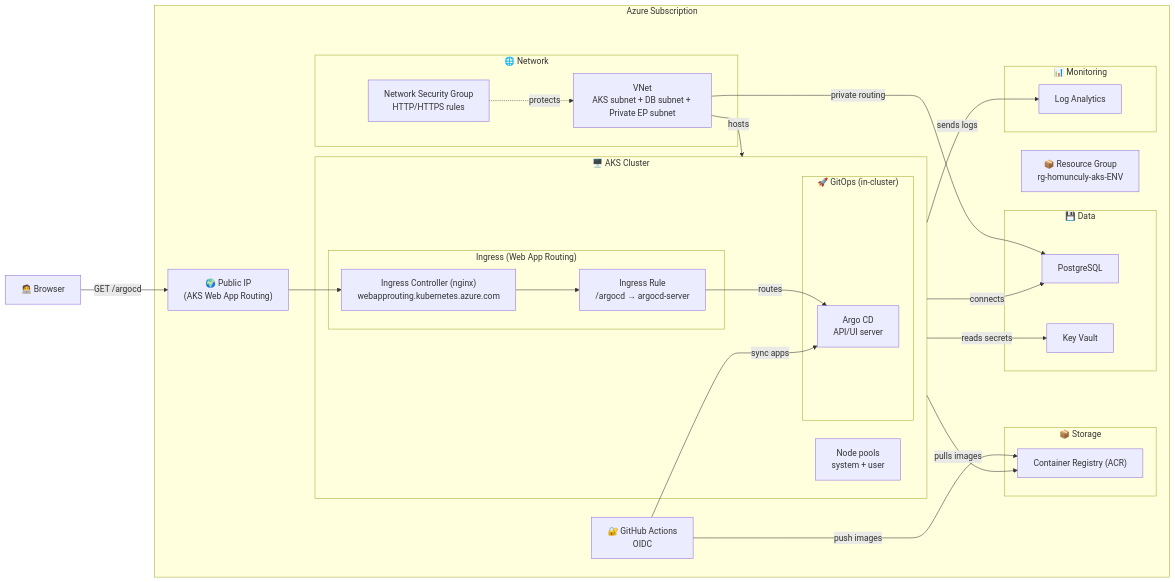
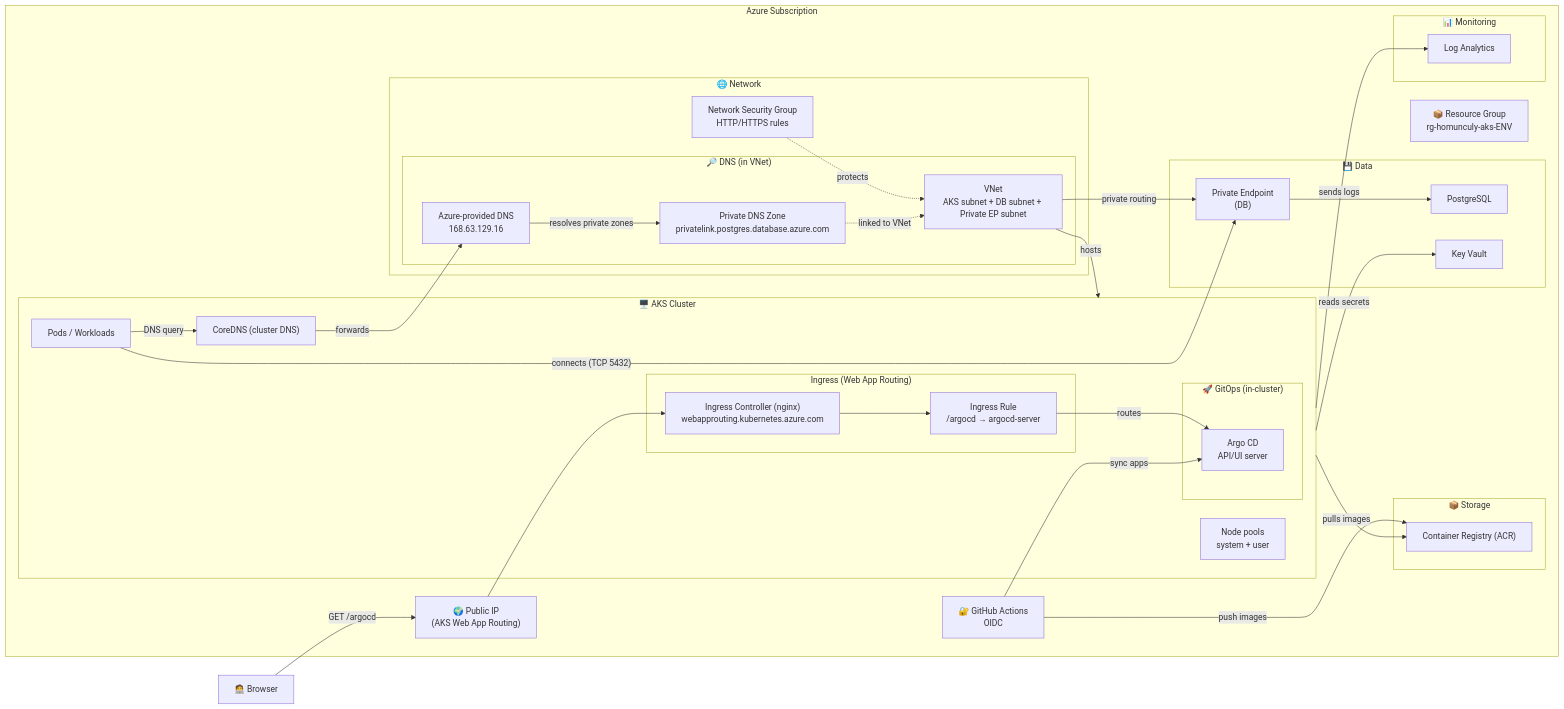
The diagram in infra/terraform/stacks/aks/Infra.mmd (Jakkapat-Chongsuwat/homunculy), drawn with Mermaid before and after one commit. The commit also changed 16 other files, not shown here.

```diff
--- a/infra/terraform/stacks/aks/Infra.mmd
+++ b/infra/terraform/stacks/aks/Infra.mmd
@@ -1,65 +1,79 @@
 flowchart LR
     %% AKS stack connectivity (focus: Argo CD access path)
     %% Goal: readable layout with minimal crossing lines
 
     %% Outside entrypoints
     USER["🧑‍💻 Browser"]
 
     subgraph Azure["Azure Subscription"]
         RG["📦 Resource Group<br/>rg-homunculy-aks-ENV"]
         Auth["🔐 GitHub Actions<br/>OIDC"]
 
         %% Public entrypoint is provisioned in Azure, but is visually outside the cluster
         PUBIP["🌍 Public IP<br/>(AKS Web App Routing)"]
 
         subgraph Network["🌐 Network"]
             VNET["VNet<br/>AKS subnet + DB subnet + Private EP subnet"]
             NSG["Network Security Group<br/>HTTP/HTTPS rules"]
             NSG -. "protects" .-> VNET
+
+            subgraph DNS["🔎 DNS (in VNet)"]
+                AZDNS["Azure-provided DNS<br/>168.63.129.16"]
+                PDNS["Private DNS Zone<br/>privatelink.postgres.database.azure.com"]
+                PDNS -. "linked to VNet" .-> VNET
+                AZDNS -->|"resolves private zones"| PDNS
+            end
         end
 
         subgraph Storage["📦 Storage"]
             ACR["Container Registry (ACR)"]
         end
 
         subgraph Data["💾 Data"]
             DB["PostgreSQL"]
             KV["Key Vault"]
+            PE["Private Endpoint<br/>(DB)"]
         end
 
         subgraph Monitoring["📊 Monitoring"]
             LAW["Log Analytics"]
         end
 
         %% Cluster contains workloads (including Argo CD)
         subgraph AKS["🖥️ AKS Cluster"]
             NODES["Node pools<br/>system + user"]
+
+            PODS["Pods / Workloads"]
+            COREDNS["CoreDNS (cluster DNS)"]
 
             subgraph Ingress["Ingress (Web App Routing)"]
                 IC["Ingress Controller (nginx)<br/>webapprouting.kubernetes.azure.com"]
                 INGR["Ingress Rule<br/>/argocd → argocd-server"]
                 IC --> INGR
             end
 
             subgraph GitOps["🚀 GitOps (in-cluster)"]
                 ARGOCD["Argo CD<br/>API/UI server"]
             end
 
             INGR -->|"routes"| ARGOCD
+
+            %% DNS resolution path for DB connectivity
+            PODS -->|"DNS query"| COREDNS -->|"forwards"| AZDNS
         end
     end
 
     %% Public access path (outside → Azure → cluster)
     USER -->|"GET /argocd"| PUBIP --> IC
 
     %% Core connectivity
     VNET -->|"hosts"| AKS
-    VNET -->|"private routing"| DB
+    VNET -->|"private routing"| PE --> DB
     AKS -->|"pulls images"| ACR
     AKS -->|"reads secrets"| KV
-    AKS -->|"connects"| DB
+    PODS -->|"connects (TCP 5432)"| PE
     AKS -->|"sends logs"| LAW
 
     %% CI/CD connectivity
     Auth -->|"push images"| ACR
     Auth -->|"sync apps"| ARGOCD
```
